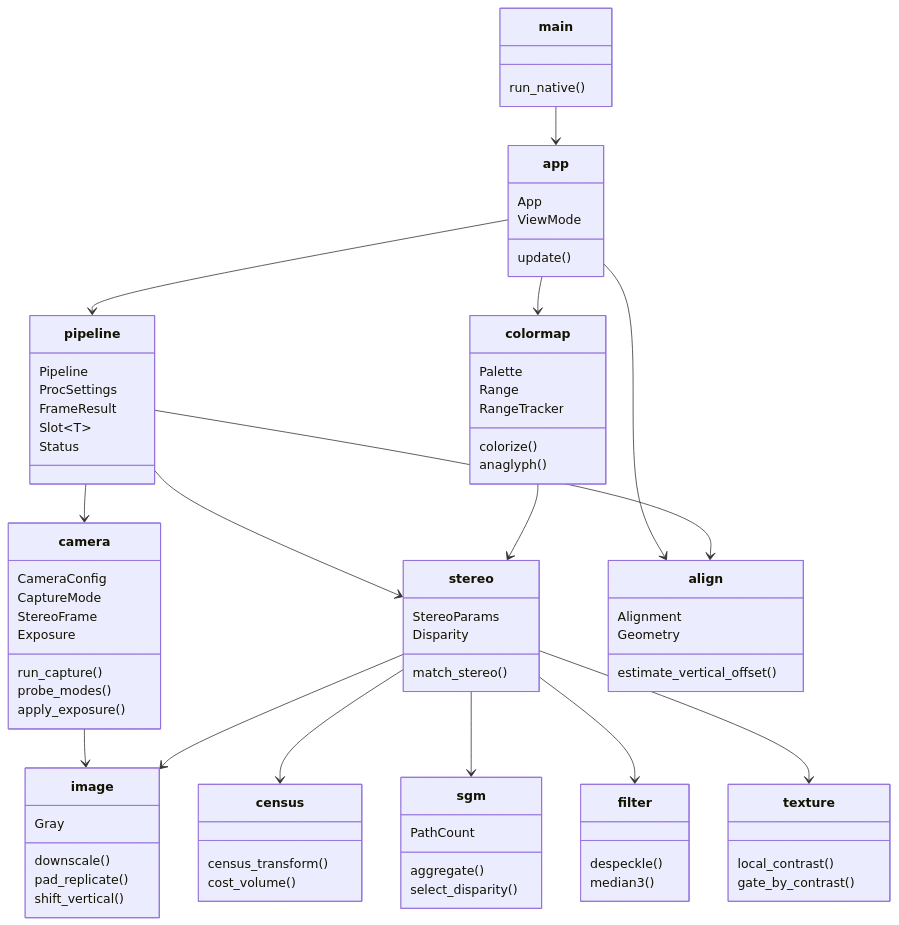
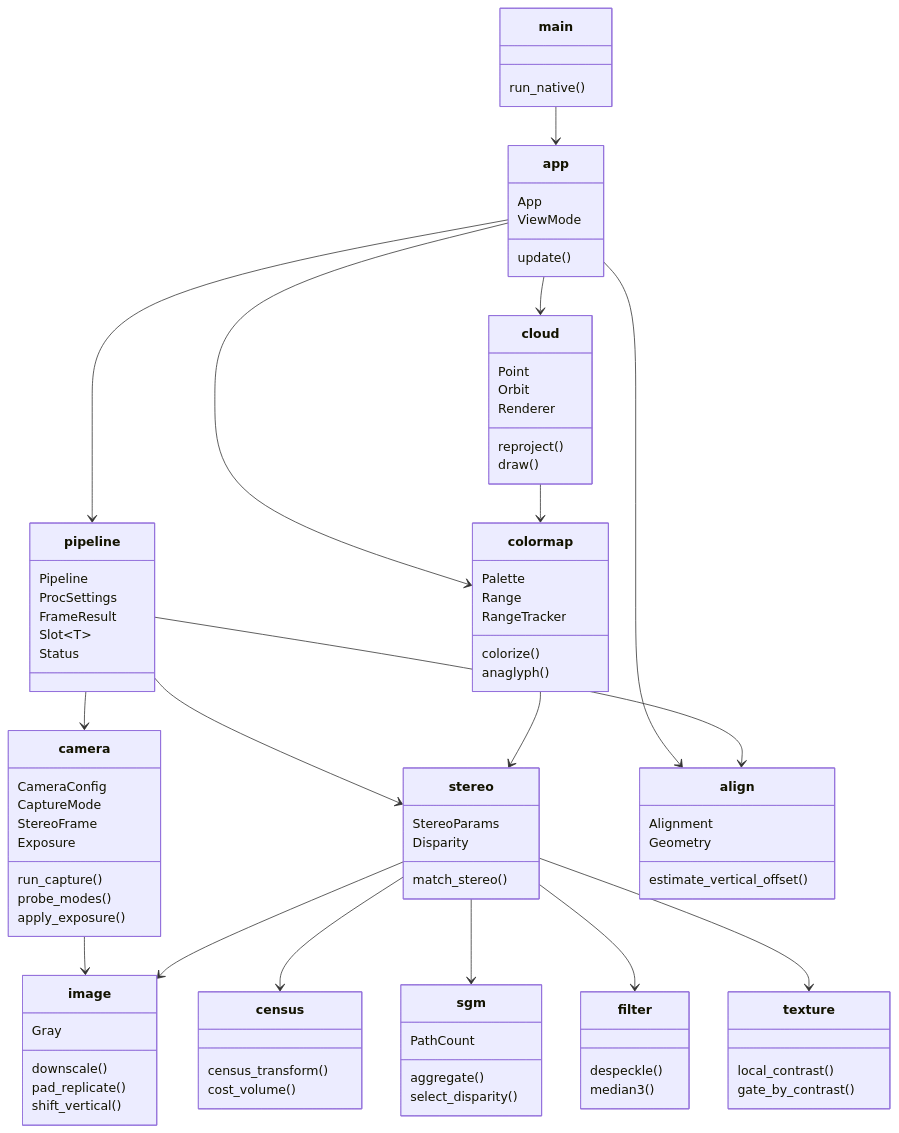
One commit to tmpk13/binocular-camera changed the second of 3 diagrams in ARCHITECTURE.md. Above: the diagram before and after it, drawn with Mermaid. The commit also changed other lines of this file and 5 other files, not shown here.

First line of the commit message:
Add a rotatable point cloud view

```diff
--- a/ARCHITECTURE.md
+++ b/ARCHITECTURE.md
@@ -95,6 +96,13 @@
         Geometry
         estimate_vertical_offset()
     }
+    class cloud {
+        Point
+        Orbit
+        Renderer
+        reproject()
+        draw()
+    }
     class colormap {
         Palette
         Range
@@ -112,6 +120,8 @@
     main --> app
     app --> pipeline
     app --> colormap
+    app --> cloud
+    cloud --> colormap
     app --> align
     pipeline --> camera
     pipeline --> stereo
```
